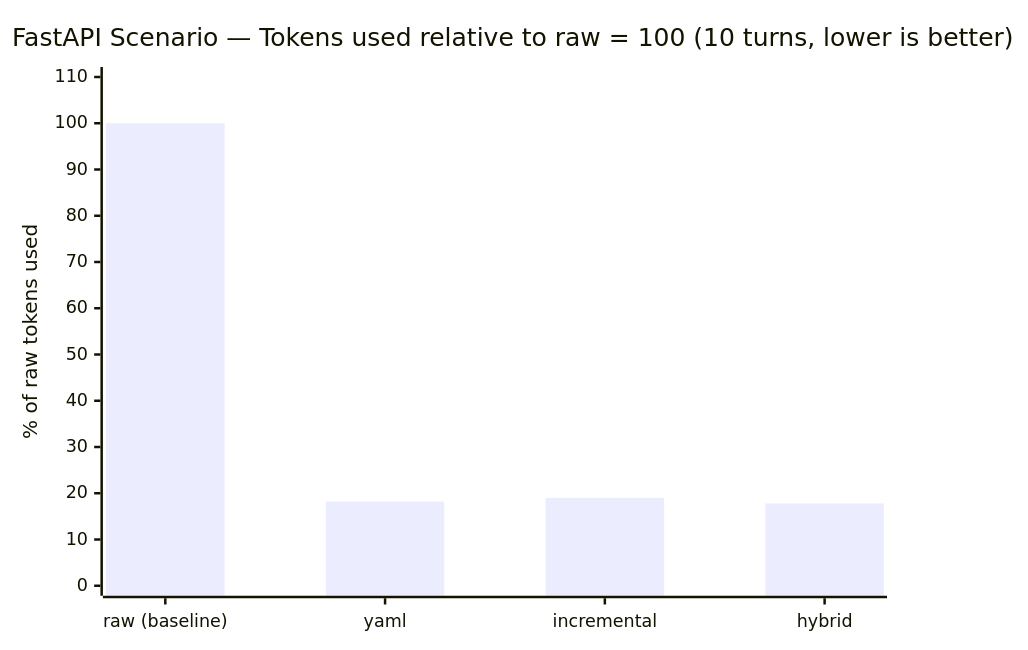
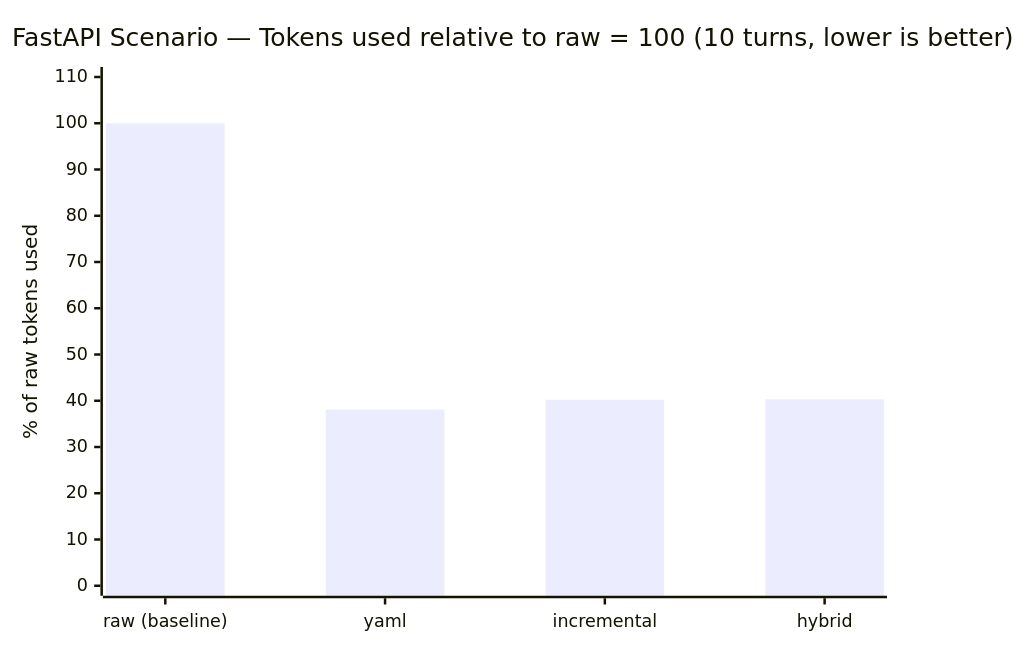
One commit to gincarbone/shapeshifter changed the second of 4 diagrams in README.md. Above: the diagram before and after it, drawn with Mermaid. The commit also changed other lines of this file and 15 other files, not shown here.

````diff
--- a/README.md
+++ b/README.md
@@ -301,7 +341,7 @@
 ```mermaid
 xychart-beta
     title "FastAPI Scenario — Tokens used relative to raw = 100 (10 turns, lower is better)"
     x-axis ["raw (baseline)", "yaml", "incremental", "hybrid"]
     y-axis "% of raw tokens used" 0 --> 110
-    bar [100, 18.2, 19.0, 17.8]
+    bar [100, 38.1, 40.2, 40.3]
 ```
````
